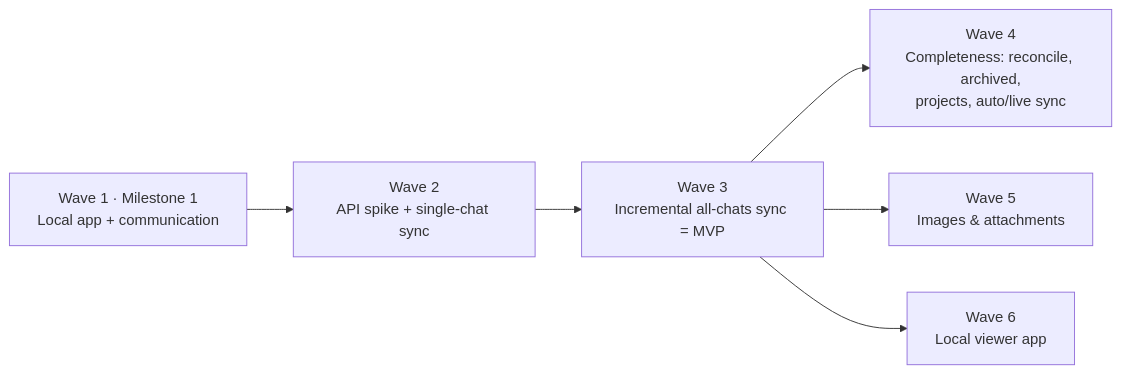
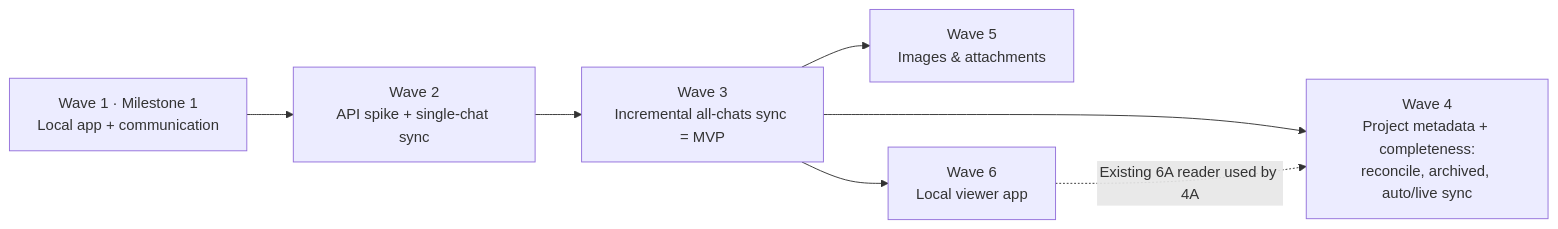
The diagram in docs/local-sync-development-waves.md (nguyendz/ChatGPT-CHROME_EXTENSION), drawn with Mermaid before and after one commit. The commit also changed other lines of this file and 30 other files, not shown here.

````diff
--- a/docs/local-sync-development-waves.md
+++ b/docs/local-sync-development-waves.md
@@ -23,8 +23,9 @@
 ```mermaid
 flowchart LR
   W1[Wave 1 · Milestone 1<br/>Local app + communication] --> W2[Wave 2<br/>API spike + single-chat sync]
   W2 --> W3[Wave 3<br/>Incremental all-chats sync = MVP]
-  W3 --> W4[Wave 4<br/>Completeness: reconcile, archived,<br/>projects, auto/live sync]
+  W3 --> W4[Wave 4<br/>Project metadata + completeness:<br/>reconcile, archived, auto/live sync]
   W3 --> W5[Wave 5<br/>Images & attachments]
   W3 --> W6[Wave 6<br/>Local viewer app]
+  W6 -. Existing 6A reader used by 4A .-> W4
 ```
````
